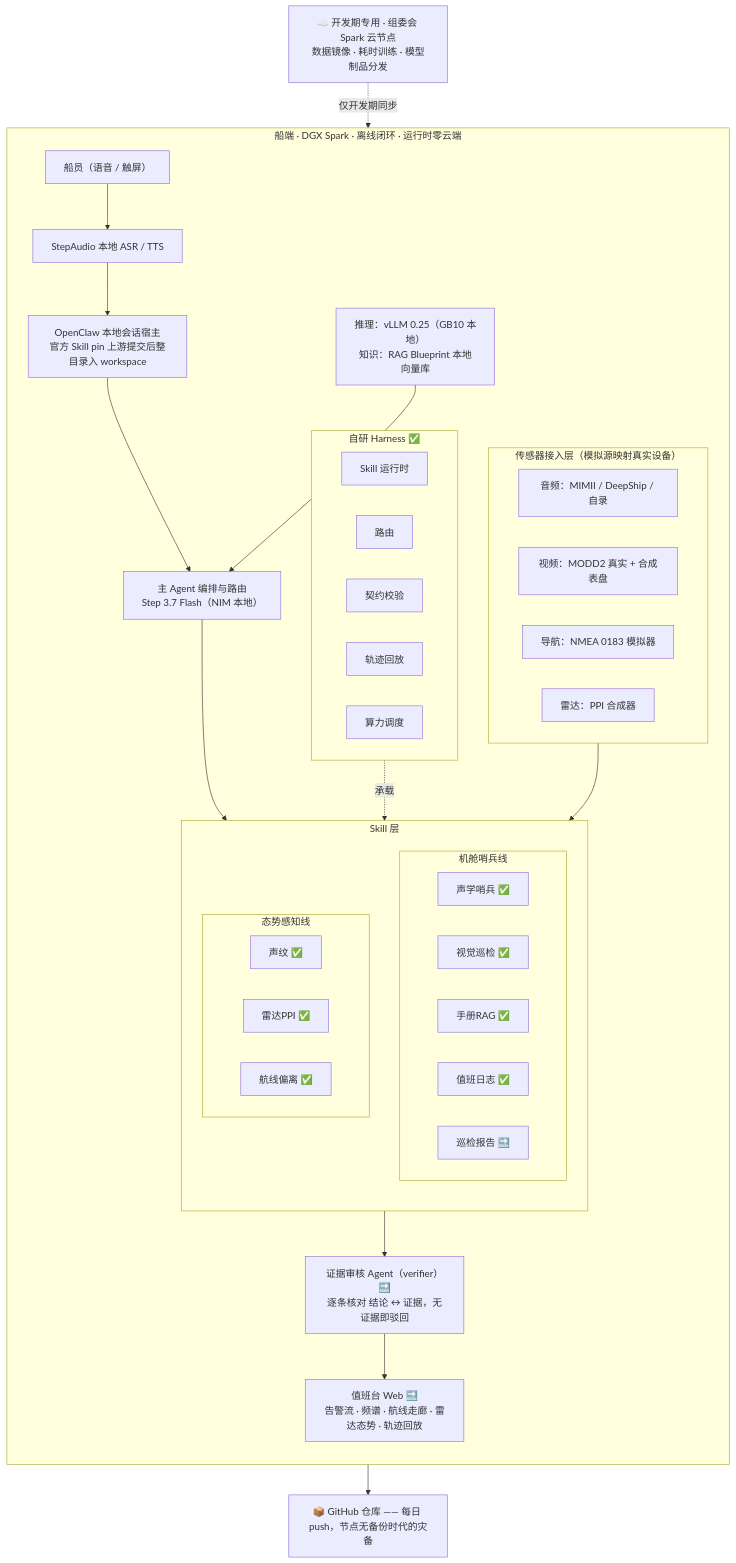
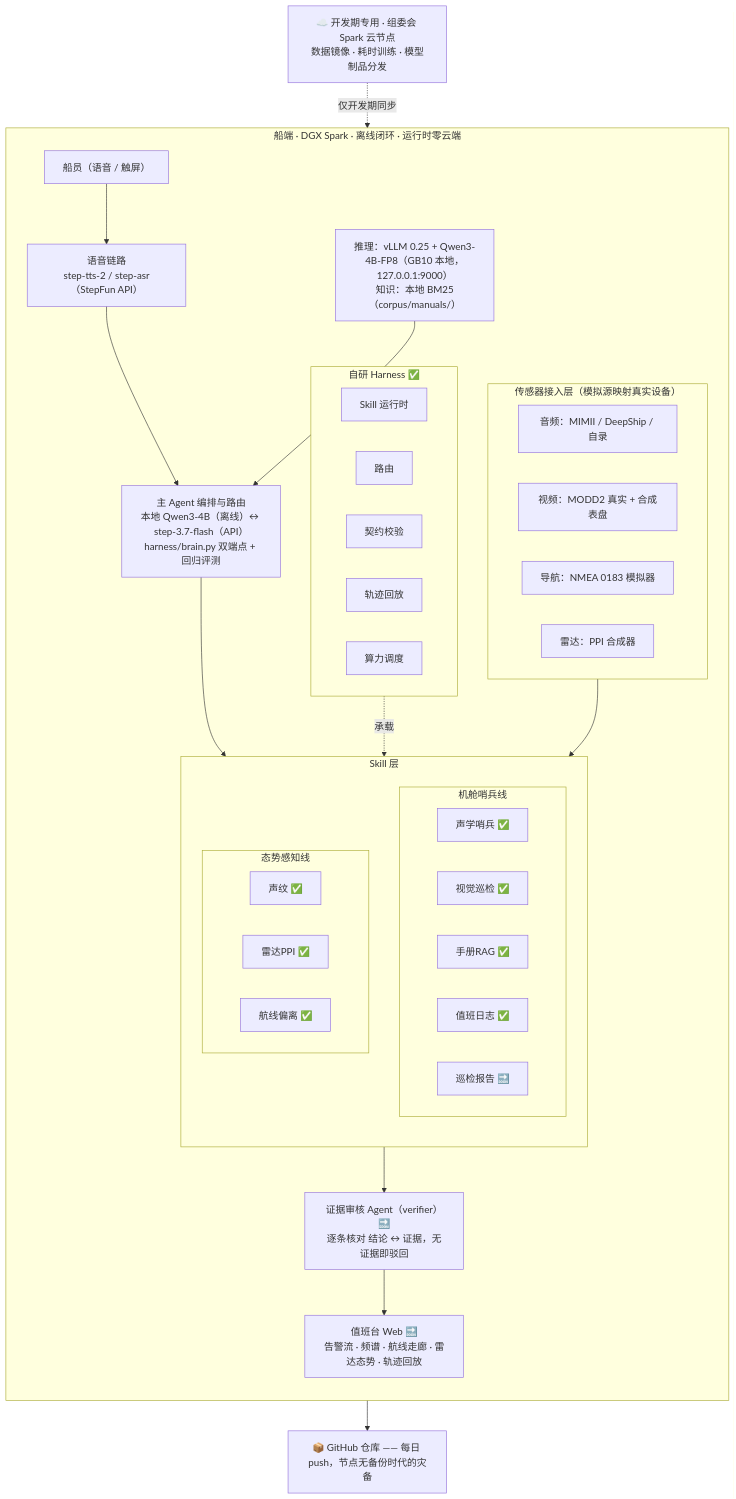
The diagram in README.md (G1en-114/shipmind), drawn with Mermaid before and after one commit. The commit also changed other lines of this file and 99 other files, not shown here.

````diff
--- a/README.md
+++ b/README.md
@@ -28,61 +28,61 @@
 ```mermaid
 flowchart TB
     subgraph SHIP["船端 · DGX Spark · 离线闭环 · 运行时零云端"]
         direction TB
         U["船员（语音 / 触屏）"]
-        ASR["StepAudio 本地 ASR / TTS"]
-        OC["OpenClaw 本地会话宿主<br/>官方 Skill pin 上游提交后整目录入 workspace"]
-        BRAIN["主 Agent 编排与路由<br/>Step 3.7 Flash（NIM 本地）"]
+        ASR["语音链路<br/>step-tts-2 / step-asr（StepFun API）"]
+        BRAIN["主 Agent 编排与路由<br/>本地 Qwen3-4B（离线）↔ step-3.7-flash（API）<br/>harness/brain.py 双端点 + 回归评测"]
 
         subgraph SL["Skill 层"]
             direction TB
             subgraph ER["机舱哨兵线"]
                 direction LR
                 S1["声学哨兵 ✅"]
                 S2["视觉巡检 ✅"]
                 S3["手册RAG ✅"]
                 S4["值班日志 ✅"]
                 S5["巡检报告 🔜"]
             end
             subgraph SA["态势感知线"]
                 direction LR
                 S6["声纹 ✅"]
                 S7["雷达PPI ✅"]
                 S8["航线偏离 ✅"]
             end
         end
 
         V["证据审核 Agent（verifier）🔜<br/>逐条核对 结论 ↔ 证据，无证据即驳回"]
 
         subgraph H["自研 Harness ✅"]
             direction LR
             H1["Skill 运行时"]
             H2["路由"]
             H3["契约校验"]
             H4["轨迹回放"]
             H5["算力调度"]
         end
 
         W["值班台 Web 🔜<br/>告警流 · 频谱 · 航线走廊 · 雷达态势 · 轨迹回放"]
 
         subgraph SEN["传感器接入层（模拟源映射真实设备）"]
             direction LR
             E1["音频：MIMII / DeepShip / 自录"]
             E2["视频：MODD2 真实 + 合成表盘"]
             E3["导航：NMEA 0183 模拟器"]
             E4["雷达：PPI 合成器"]
         end
 
-        INF["推理：vLLM 0.25（GB10 本地）<br/>知识：RAG Blueprint 本地向量库"]
+        INF["推理：vLLM 0.25 + Qwen3-4B-FP8（GB10 本地，127.0.0.1:9000）<br/>知识：本地 BM25（corpus/manuals/）"]
     end
 
     CLOUD["☁️ 开发期专用 · 组委会 Spark 云节点<br/>数据镜像 · 耗时训练 · 模型制品分发"]
     GH["📦 GitHub 仓库 —— 每日 push，节点无备份时代的灾备"]
 
-    U --> ASR --> OC --> BRAIN --> SL --> V --> W
+    U --> ASR
+    ASR --> BRAIN --> SL --> V --> W
     H -. 承载 .-> SL
     SEN --> SL
     INF --> BRAIN
     CLOUD -. 仅开发期同步 .-> SHIP
     SHIP --> GH
 ```
````
